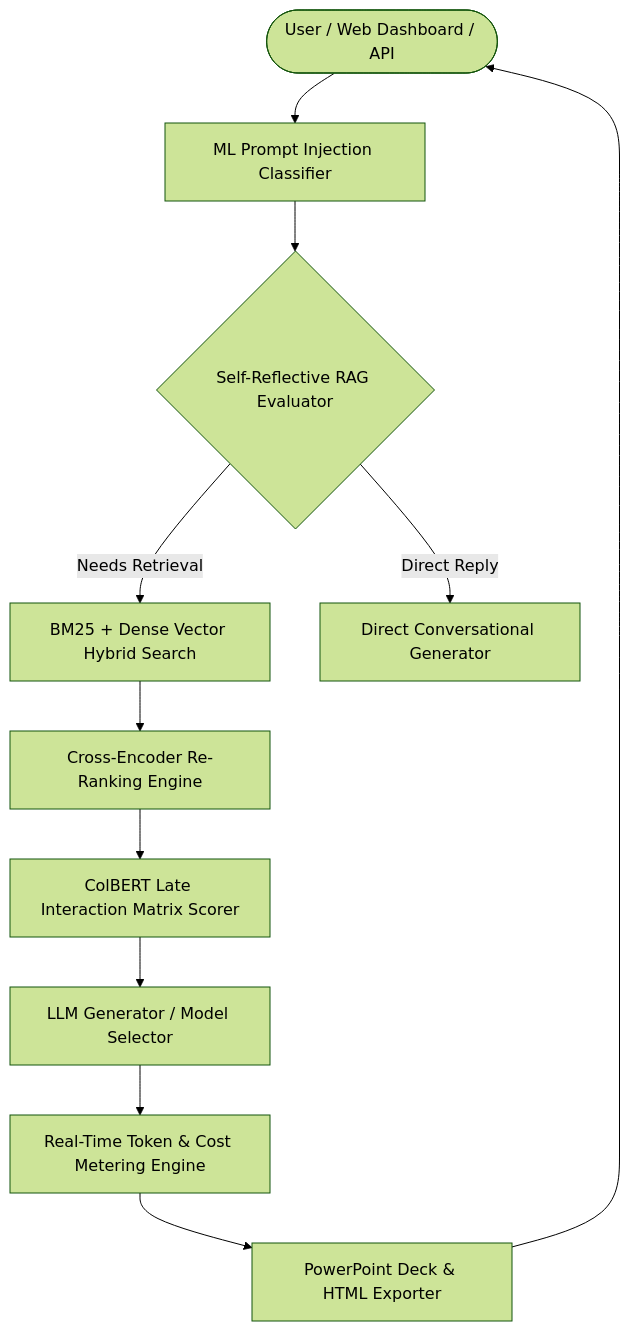
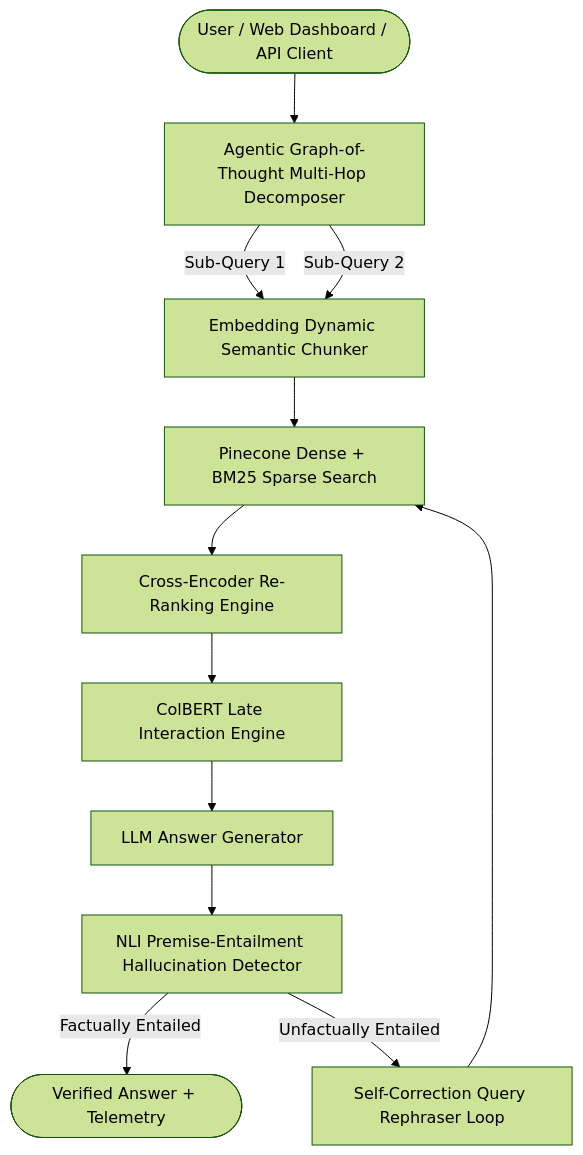
One commit to udbhav968-creator/RAG-PROJECT changed the diagram in README.md. Above: the diagram before and after it, drawn with Mermaid (forest theme). The commit also changed other lines of this file and 7 other files, not shown here.

Commit message:
feat(v6.0): release Level 6 Apex Enterprise RAG Architecture with Agentic Reasoning, Semantic Chunking, NLI Hallucination Detector, and Benchmark Harness

````diff
--- a/README.md
+++ b/README.md
@@ -28,17 +28,17 @@
 ```mermaid
 flowchart TD
-    User([User / Web Dashboard / API]) --> MLClassifier[ML Prompt Injection Classifier]
-    MLClassifier --> SelfRAG{Self-Reflective RAG Evaluator}
+    User([User / Web Dashboard / API Client]) --> Agentic[Agentic Graph-of-Thought Multi-Hop Decomposer]
+    Agentic -->|Sub-Query 1| Semantic[Embedding Dynamic Semantic Chunker]
+    Agentic -->|Sub-Query 2| Semantic
     
-    SelfRAG -->|Needs Retrieval| HybridSearch[BM25 + Dense Vector Hybrid Search]
-    SelfRAG -->|Direct Reply| FastReply[Direct Conversational Generator]
+    Semantic --> HybridSearch[Pinecone Dense + BM25 Sparse Search]
+    HybridSearch --> ReRanker[Cross-Encoder Re-Ranking Engine]
+    ReRanker --> ColBERT[ColBERT Late Interaction Engine]
     
-    HybridSearch --> ReRanker[Cross-Encoder Re-Ranking Engine]
-    ReRanker --> ColBERT[ColBERT Late Interaction Matrix Scorer]
+    ColBERT --> Generator[LLM Answer Generator]
+    Generator --> Hallucination[NLI Premise-Entailment Hallucination Detector]
     
-    ColBERT --> Generator[LLM Generator / Model Selector]
-    
-    Generator --> CostMeter[Real-Time Token & Cost Metering Engine]
-    CostMeter --> DeckExporter[PowerPoint Deck & HTML Exporter]
-    DeckExporter --> User
+    Hallucination -- Factually Entailed --> Output([Verified Answer + Telemetry])
+    Hallucination -- Unfactually Entailed --> Correction[Self-Correction Query Rephraser Loop]
+    Correction --> HybridSearch
 ```
````
